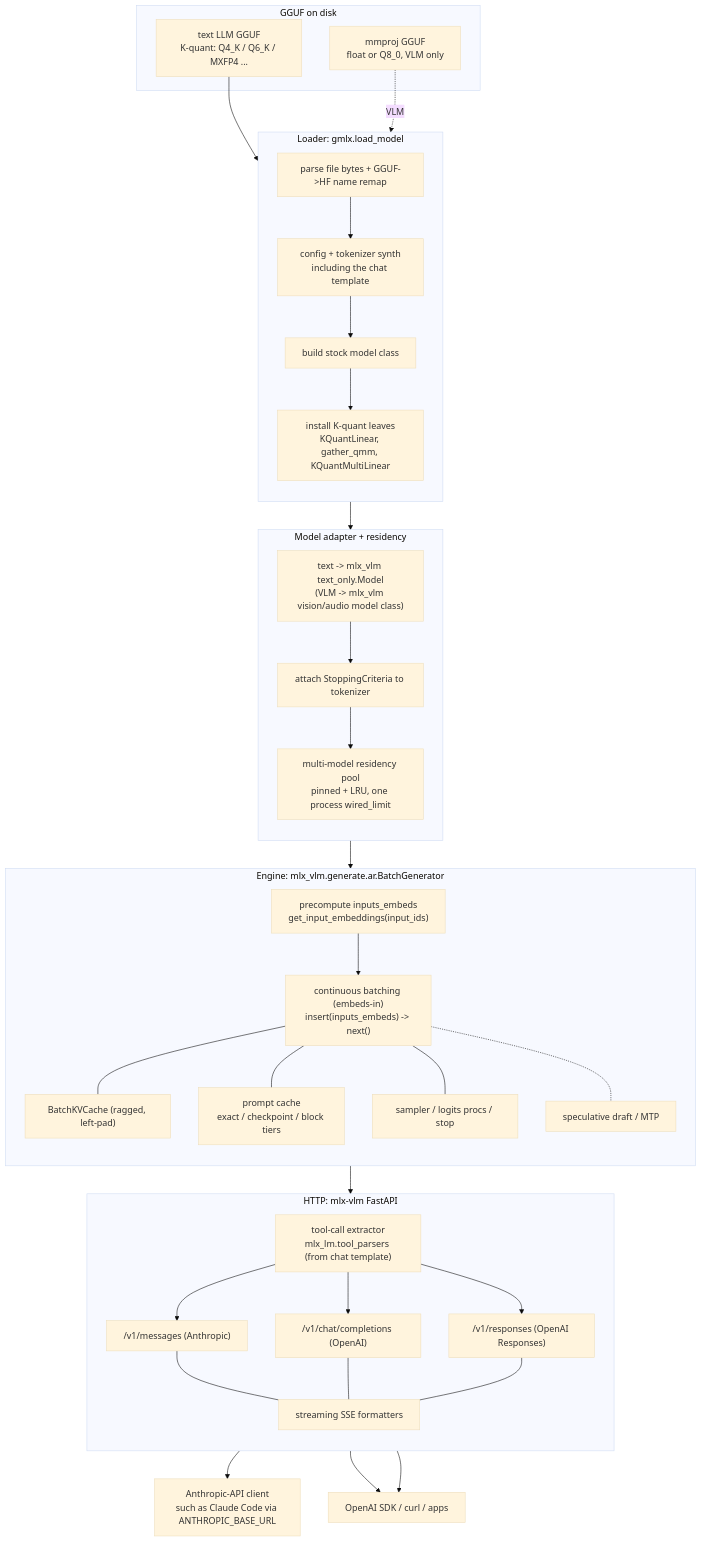
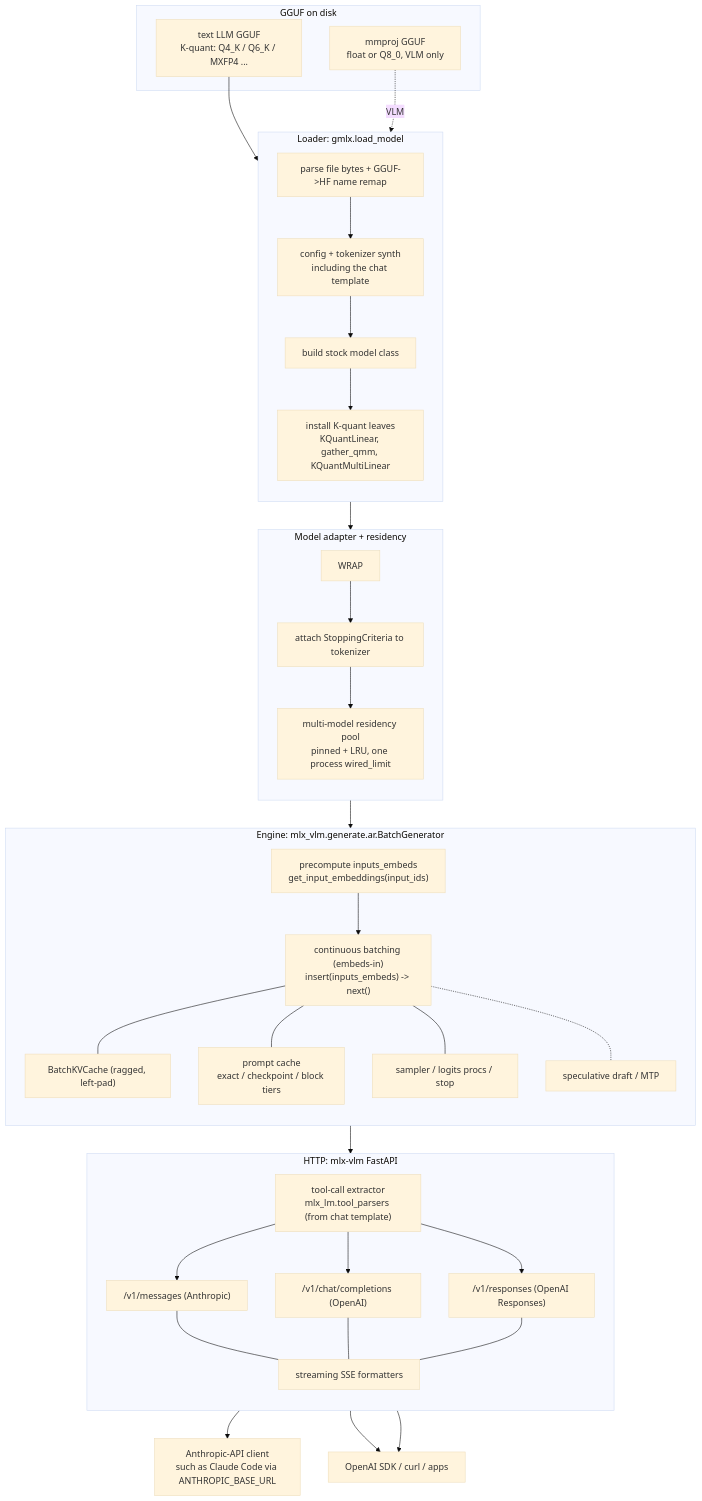
One commit to asher/gmlx changed the first of 2 diagrams in docs/internals/serving-architecture.md. Above: the diagram before and after it, drawn with Mermaid (base theme). The commit also changed other lines of this file and 24 other files, not shown here.

````diff
--- a/docs/internals/serving-architecture.md
+++ b/docs/internals/serving-architecture.md
@@ -17,63 +18,62 @@
 ```mermaid
 flowchart TD
     subgraph DISK["GGUF on disk"]
         LLM["text LLM GGUF<br/>K-quant: Q4_K / Q6_K / MXFP4 ..."]
         MM["mmproj GGUF<br/>float or Q8_0, VLM only"]
     end
 
     subgraph LOAD["Loader: gmlx.load_model"]
         direction TB
         PARSE["parse file bytes + GGUF->HF name remap"]
         SYNTH["config + tokenizer synth<br/>including the chat template"]
         BUILD["build stock model class"]
         KQ["install K-quant leaves<br/>KQuantLinear, gather_qmm, KQuantMultiLinear"]
         PARSE --> SYNTH --> BUILD --> KQ
     end
     LLM --> PARSE
     MM -. VLM .-> PARSE
 
     subgraph ADAPT["Model adapter + residency"]
-        direction TB
-        WRAP["text -> mlx_vlm text_only.Model<br/>(VLM -> mlx_vlm vision/audio model class)"]
+        direction TB        WRAP["text -> gmlx vendored text_only.Model<br/>(VLM -> mlx_vlm vision/audio model class)"]
         STOP["attach StoppingCriteria to tokenizer"]
         REG["multi-model residency pool<br/>pinned + LRU, one process wired_limit"]
         WRAP --> STOP --> REG
     end
     KQ --> WRAP
 
     subgraph ENGINE["Engine: mlx_vlm.generate.ar.BatchGenerator"]
         direction TB
         EMB["precompute inputs_embeds<br/>get_input_embeddings(input_ids)"]
         BG["continuous batching (embeds-in)<br/>insert(inputs_embeds) -> next()"]
         KVC["BatchKVCache (ragged, left-pad)"]
         APC["prompt cache<br/>exact / checkpoint / block tiers"]
         SAMP["sampler / logits procs / stop"]
         MTP["speculative draft / MTP"]
         EMB --> BG
         BG --- KVC
         BG --- APC
         BG --- SAMP
         BG -.- MTP
     end
     REG --> EMB
 
     subgraph PROTO["HTTP: mlx-vlm FastAPI"]
         direction TB
         TOOLS["tool-call extractor<br/>mlx_lm.tool_parsers (from chat template)"]
         ANTH["/v1/messages (Anthropic)"]
         OAI["/v1/chat/completions (OpenAI)"]
         RESP["/v1/responses (OpenAI Responses)"]
         SSE["streaming SSE formatters"]
         TOOLS --> ANTH & OAI & RESP
         ANTH --- SSE
         OAI --- SSE
         RESP --- SSE
     end
     BG --> TOOLS
 
     CC["Anthropic-API client<br/>such as Claude Code via ANTHROPIC_BASE_URL"]
     SDK["OpenAI SDK / curl / apps"]
     ANTH --> CC
     OAI --> SDK
     RESP --> SDK
 ```
````
